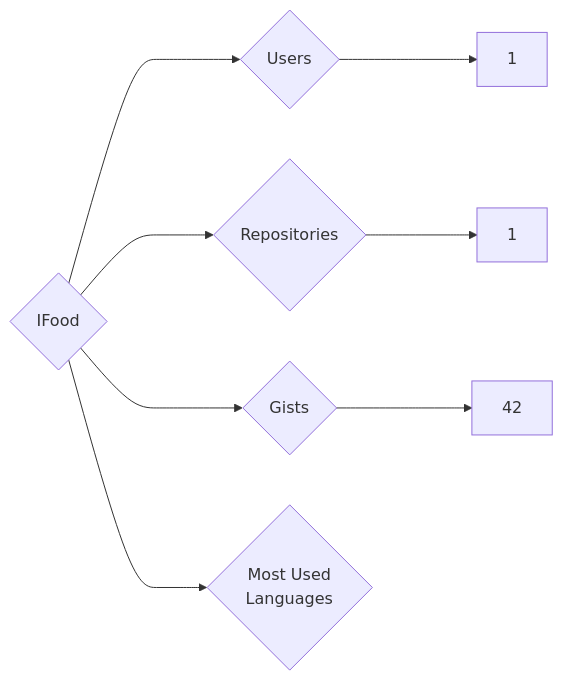
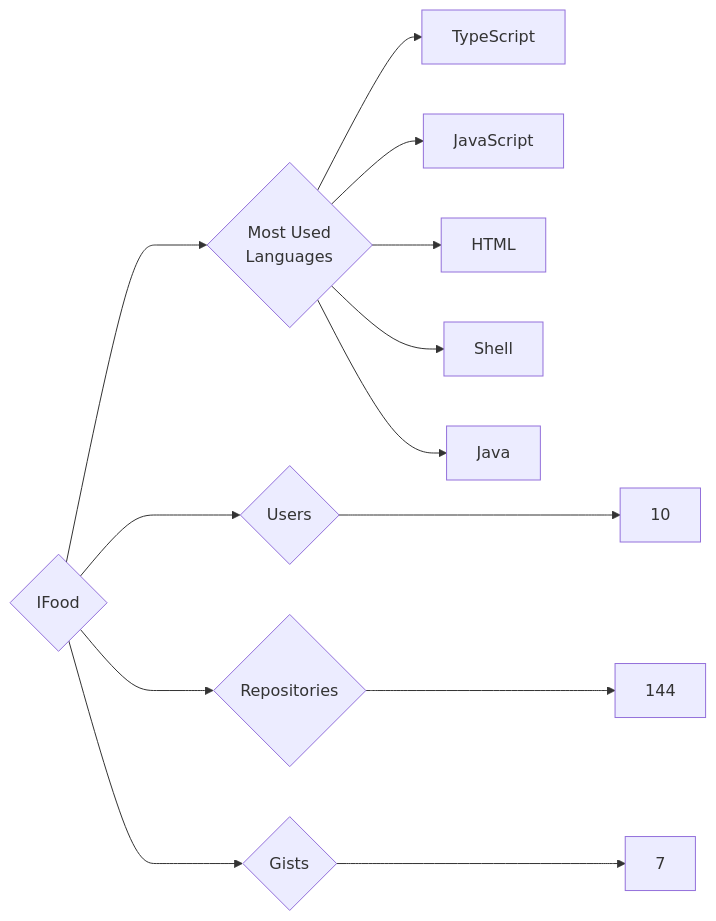
Before and after one commit to trickest/insiders: the diagram in targets/IFood/README.md, drawn with Mermaid. The commit also changed 1036 other files, not shown here.

````diff
--- a/targets/IFood/README.md
+++ b/targets/IFood/README.md
@@ -3,8 +3,13 @@
 ```mermaid
 graph LR
 COMPANY_NAME{IFood}
-COMPANY_NAME ---> U{Users} ---> UN[1]
-COMPANY_NAME ---> R{Repositories} ---> RN[1]
-COMPANY_NAME ---> G{Gists} ---> GN[42]
+COMPANY_NAME ---> U{Users} ---> UN[10]
+COMPANY_NAME ---> R{Repositories} ---> RN[144]
+COMPANY_NAME ---> G{Gists} ---> GN[7]
 COMPANY_NAME ---> ML{Most Used<br>Languages}
+ML --> TypeScript[TypeScript]
+ML --> JavaScript[JavaScript]
+ML --> HTML[HTML]
+ML --> Shell[Shell]
+ML --> Java[Java]
 ```
````
